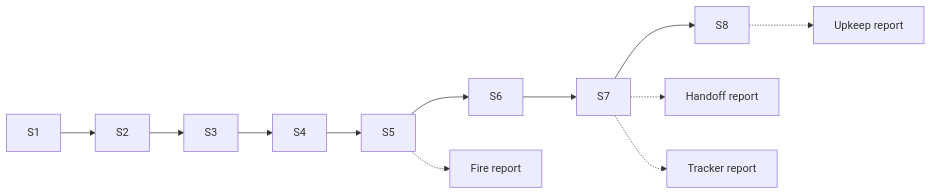
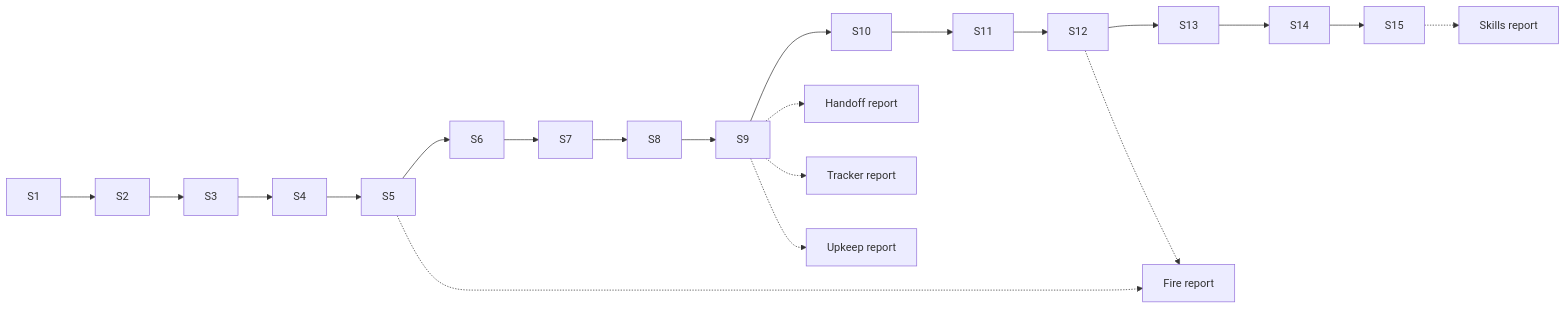
One commit to Calyx-Engineering/arc changed the diagram in docs/arc-work/04-dogfood/playlist.md. Above: the diagram before and after it, drawn with Mermaid. The commit also changed other lines of this file and 2 other files, not shown here.

First line of the commit message:
docs: Fire's review reopens it; 25 issues filed; Skills workstream; playlist to S15

````diff
--- a/docs/arc-work/04-dogfood/playlist.md
+++ b/docs/arc-work/04-dogfood/playlist.md
@@ -93,8 +133,10 @@
 ```mermaid
 flowchart LR
-  S1 --> S2 --> S3 --> S4 --> S5 --> S6 --> S7 --> S8
+  S1 --> S2 --> S3 --> S4 --> S5 --> S6 --> S7 --> S8 --> S9 --> S10 --> S11 --> S12 --> S13 --> S14 --> S15
   S5 -.-> RF["Fire report"]
-  S7 -.-> RH["Handoff report"]
-  S7 -.-> RT["Tracker report"]
-  S8 -.-> RU["Upkeep report"]
+  S12 -.-> RF
+  S9 -.-> RH["Handoff report"]
+  S9 -.-> RT["Tracker report"]
+  S9 -.-> RU["Upkeep report"]
+  S15 -.-> RK["Skills report"]
 ```
````
